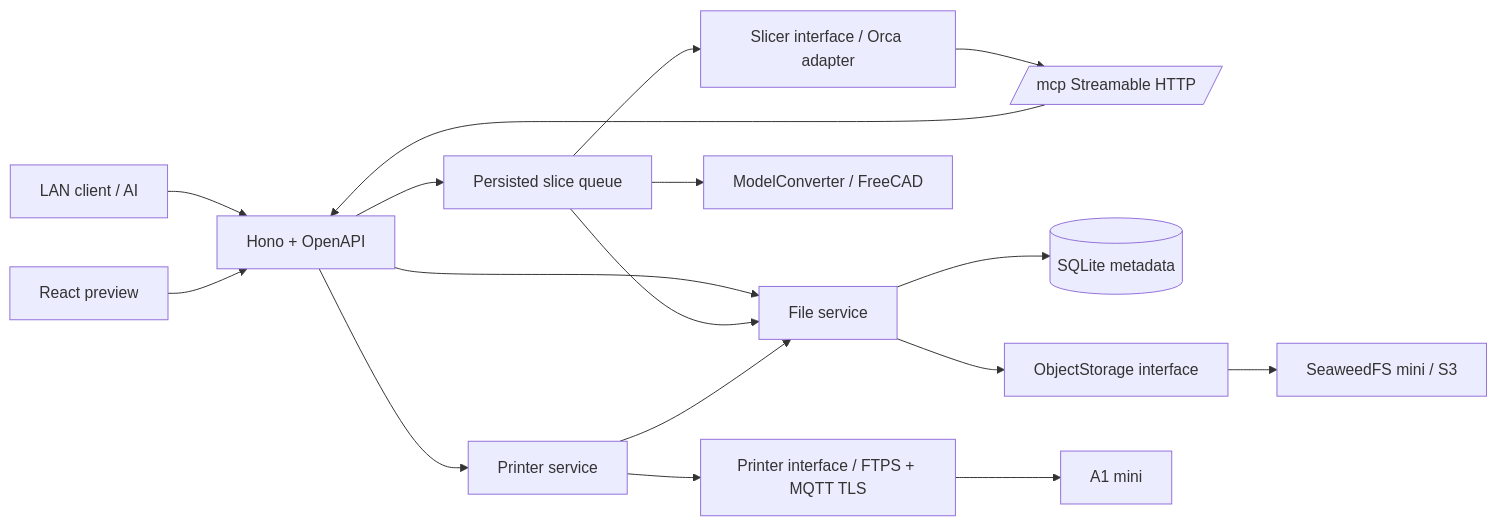
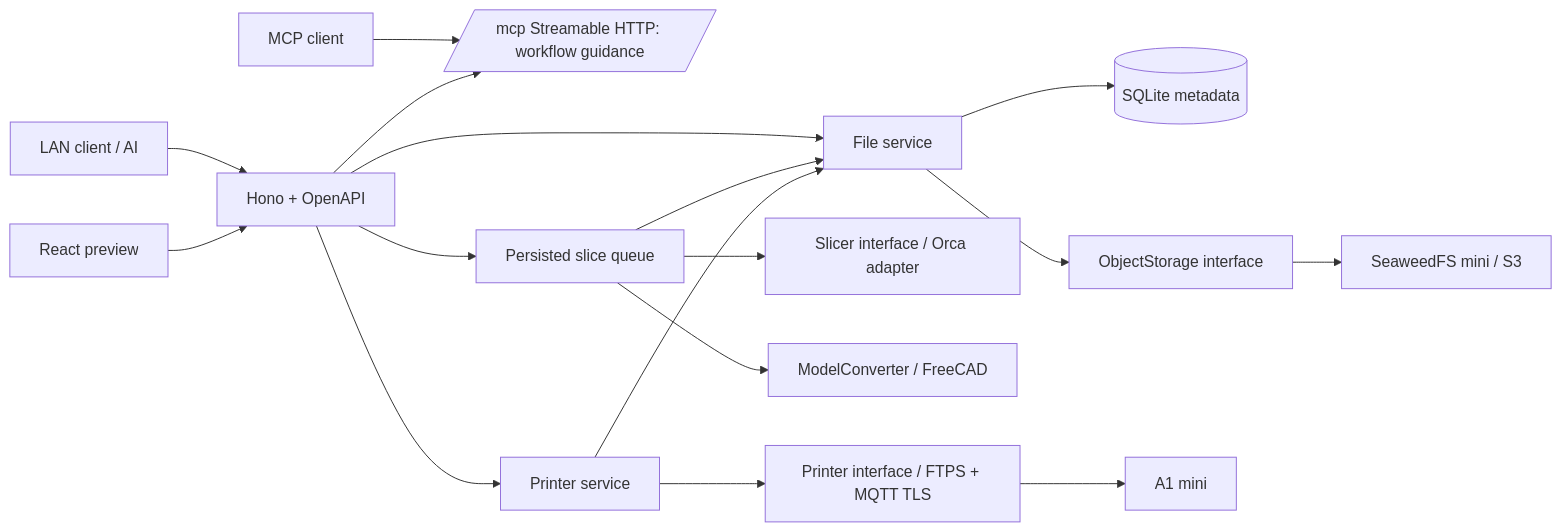
Before and after one commit to hapo31/pi_wedge: the diagram in docs/architecture.md, drawn with Mermaid. The commit also changed 3 other files, not shown here.

````diff
--- a/docs/architecture.md
+++ b/docs/architecture.md
@@ -3,19 +3,19 @@
 ```mermaid
 flowchart LR
   C[LAN client / AI] --> H[Hono + OpenAPI]
-  A[MCP client] --> X[/mcp Streamable HTTP/]
-  X --> H
+  A[MCP client] --> X[/mcp Streamable HTTP: workflow guidance/]
+  H --> X
   U[React preview] --> H
   H --> F[File service]
   H --> Q[Persisted slice queue]
   H --> P[Printer service]
   F --> D[(SQLite metadata)]
   F --> S[ObjectStorage interface]
   S --> W[SeaweedFS mini / S3]
-  Q --> A[Slicer interface / Orca adapter]
+  Q --> O[Slicer interface / Orca adapter]
   Q --> M[ModelConverter / FreeCAD]
   Q --> F
   P --> F
   P --> B[Printer interface / FTPS + MQTT TLS]
   B --> R[A1 mini]
 ```
````
